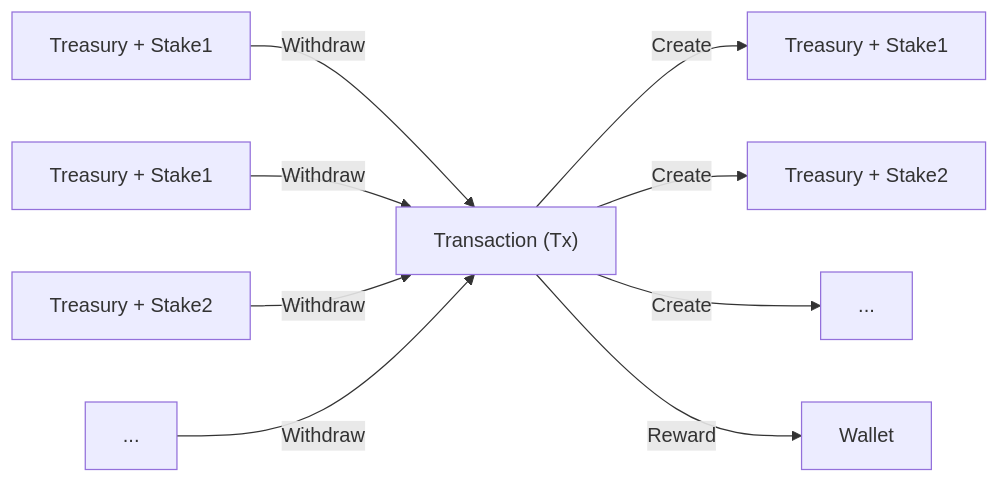
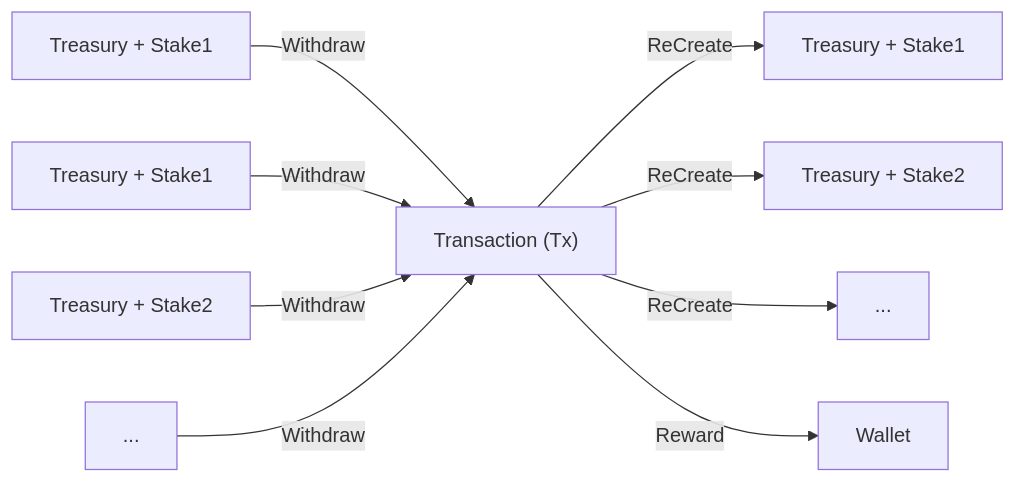
Before and after one commit to JamOnBread/contract: the first of 3 diagrams in README.md, drawn with Mermaid. The commit also changed other lines of this file, not shown here.

````diff
--- a/README.md
+++ b/README.md
@@ -63,19 +63,19 @@
 ```mermaid
 flowchart LR
    treasuryIn1[Treasury + Stake1]
    treasuryIn2[Treasury + Stake1]
    treasuryIn3[Treasury + Stake2]
    treasuryInMore[...]
 
    treasuryIn1 & treasuryIn2 & treasuryIn3 & treasuryInMore -->|Withdraw| tx
 
    tx["Transaction (Tx)"]
 
-   tx --> |Create| treasuryOut1 & treasuryOut2 & treasuryOutMore
+   tx --> |ReCreate| treasuryOut1 & treasuryOut2 & treasuryOutMore
    tx --> |Reward| user
 
    treasuryOut1[Treasury + Stake1]
    treasuryOut2[Treasury + Stake2]
    treasuryOutMore[...]
    user[Wallet]
 ```
````
